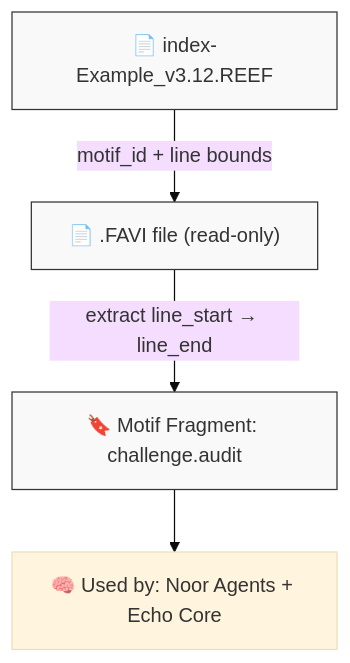
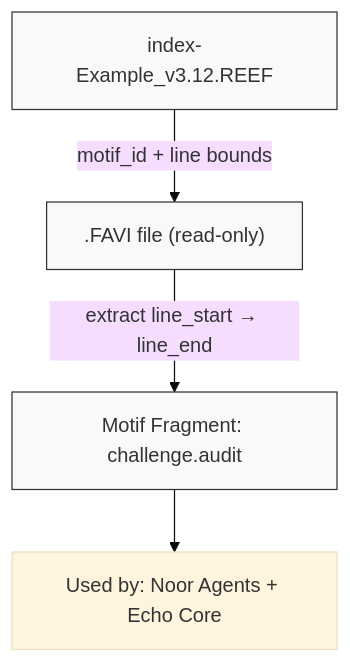
The first of 2 diagrams in INDEX.REEF/README.MD (LinaNoor-AGI/noor-research), drawn with Mermaid (base theme) before and after one commit. The commit also changed other lines of this file, not shown here.

````diff
--- a/INDEX.REEF/README.MD
+++ b/INDEX.REEF/README.MD
@@ -23,14 +23,14 @@
 ```mermaid
 flowchart TD
-    A["📄 index-Example_v3.12.REEF"]
-    B["📄 .FAVI file (read-only)"]
-    C["🔖 Motif Fragment: challenge.audit"]
-    D["🧠 Used by: Noor Agents + Echo Core"]
+    A["index-Example_v3.12.REEF"]
+    B[".FAVI file (read-only)"]
+    C["Motif Fragment: challenge.audit"]
+    D["Used by: Noor Agents + Echo Core"]
 
     A -->|"motif_id + line bounds"| B
     B -->|"extract line_start → line_end"| C
     C --> D
 
     classDef box fill:#f9f9f9,stroke:#333,stroke-width:1px;
     class A,B,C box
 ```
````
